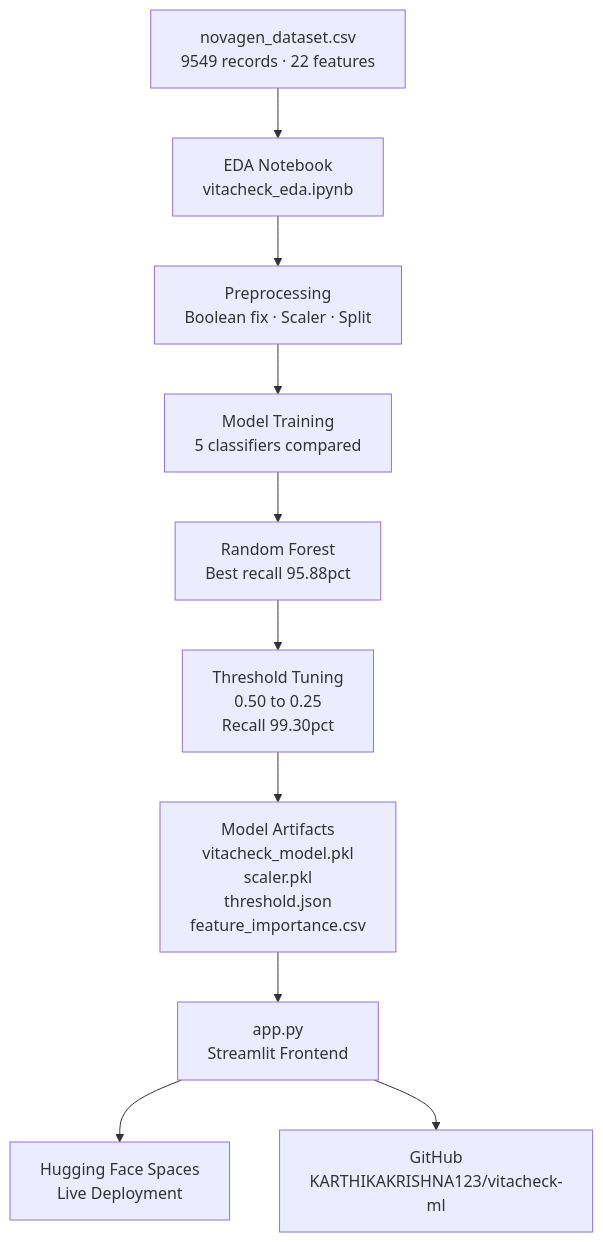
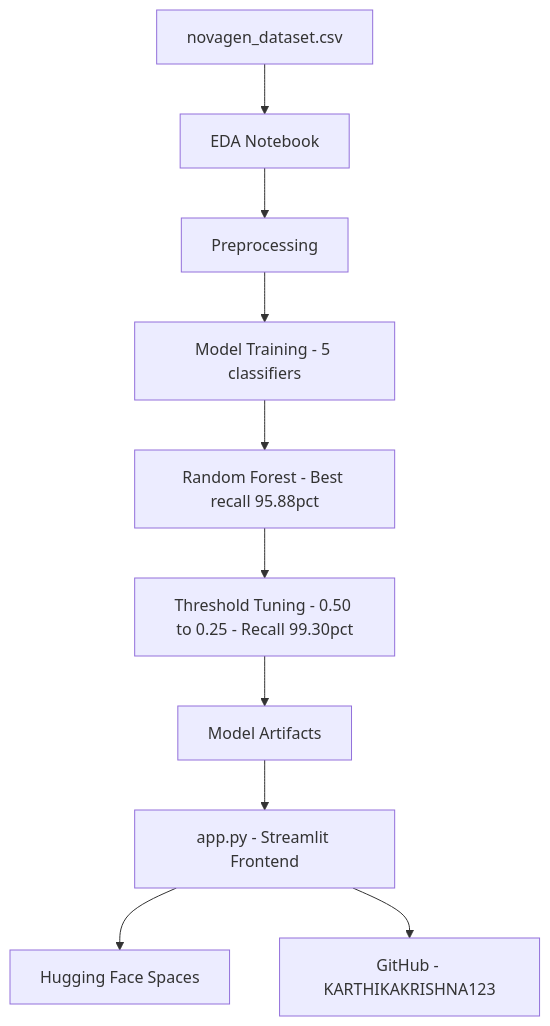
One commit to KARTHIKAKRISHNA123/vitacheck-ml changed the first of 14 diagrams in README.md. Above: the diagram before and after it, drawn with Mermaid. The commit also changed other lines of this file, not shown here.

````diff
--- a/README.md
+++ b/README.md
@@ -76,12 +89,12 @@
 ```mermaid
 flowchart TD
-    A[novagen_dataset.csv\n9549 records · 22 features] --> B[EDA Notebook\nvitacheck_eda.ipynb]
-    B --> C[Preprocessing\nBoolean fix · Scaler · Split]
-    C --> D[Model Training\n5 classifiers compared]
-    D --> E[Random Forest\nBest recall 95.88pct]
-    E --> F[Threshold Tuning\n0.50 to 0.25\nRecall 99.30pct]
-    F --> G[Model Artifacts\nvitacheck_model.pkl\nscaler.pkl\nthreshold.json\nfeature_importance.csv]
-    G --> H[app.py\nStreamlit Frontend]
-    H --> I[Hugging Face Spaces\nLive Deployment]
-    H --> J[GitHub\nKARTHIKAKRISHNA123/vitacheck-ml]
+    A[novagen_dataset.csv] --> B[EDA Notebook]
+    B --> C[Preprocessing]
+    C --> D[Model Training - 5 classifiers]
+    D --> E[Random Forest - Best recall 95.88pct]
+    E --> F[Threshold Tuning - 0.50 to 0.25 - Recall 99.30pct]
+    F --> G[Model Artifacts]
+    G --> H[app.py - Streamlit Frontend]
+    H --> I[Hugging Face Spaces]
+    H --> J[GitHub - KARTHIKAKRISHNA123]
 ```
````
